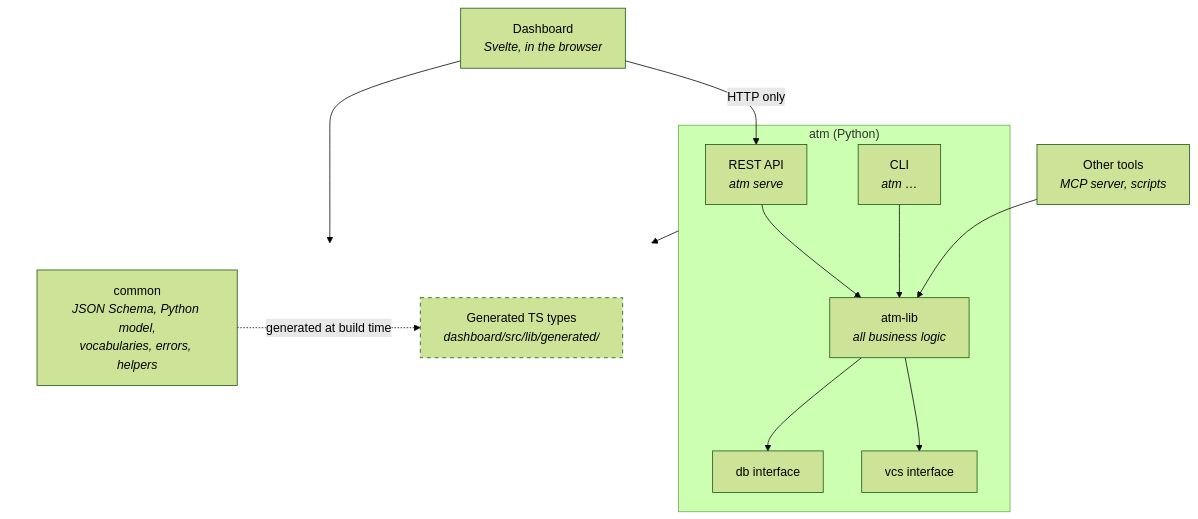
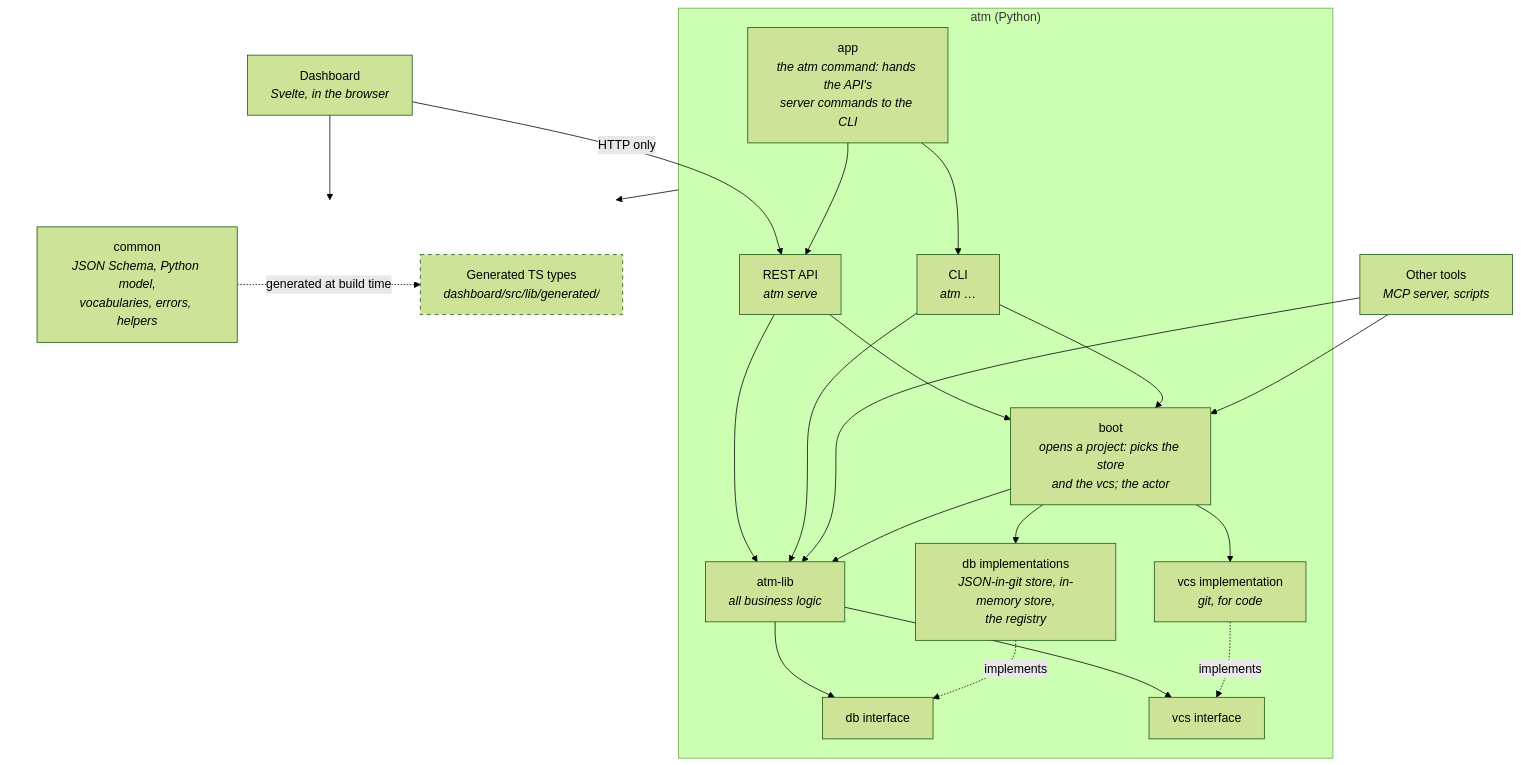
The first of 2 diagrams in docs/layered-architecture.md (solo-swe/agentic-task-manager), drawn with Mermaid (forest theme) before and after one commit. The commit also changed other lines of this file and 1 other file, not shown here.

First line of the commit message:
docs: layered architecture: the layers as built, and §11 Current state and gaps from the design; follow-up tasks T-378 to T-388

````diff
--- a/docs/layered-architecture.md
+++ b/docs/layered-architecture.md
@@ -27,33 +25,47 @@
 ```mermaid
 flowchart TD
     Dashboard["Dashboard<br/><i>Svelte, in the browser</i>"]
     Tools["Other tools<br/><i>MCP server, scripts</i>"]
 
     subgraph Python["atm (Python)"]
+        App["app<br/><i>the atm command: hands the API's<br/>server commands to the CLI</i>"]
         API["REST API<br/><i>atm serve</i>"]
         CLI["CLI<br/><i>atm …</i>"]
+        Boot["boot<br/><i>opens a project: picks the store<br/>and the vcs; the actor</i>"]
         Lib["atm-lib<br/><i>all business logic</i>"]
         DbI["db interface"]
         VcsI["vcs interface"]
+        Db["db implementations<br/><i>JSON-in-git store, in-memory store,<br/>the registry</i>"]
+        Vcs["vcs implementation<br/><i>git, for code</i>"]
     end
 
     subgraph Shared[" "]
         direction LR
         Common["common<br/><i>JSON Schema, Python model,<br/>vocabularies, errors, helpers</i>"]
         TSTypes["Generated TS types<br/><i>dashboard/src/lib/generated/</i>"]
     end
 
     Dashboard -- "HTTP only" --> API
+    App --> CLI
+    App --> API
     API --> Lib
     CLI --> Lib
+    API --> Boot
+    CLI --> Boot
     Tools --> Lib
+    Tools --> Boot
+    Boot --> Lib
+    Boot --> Db
+    Boot --> Vcs
     Lib --> DbI
     Lib --> VcsI
+    Db -. implements .-> DbI
+    Vcs -. implements .-> VcsI
     Python --> Common
     Dashboard --> TSTypes
     Common -. "generated at build time" .-> TSTypes
 
     classDef generated stroke-dasharray: 5 5
     class TSTypes generated
     style Shared fill:none,stroke:none
 ```
````
